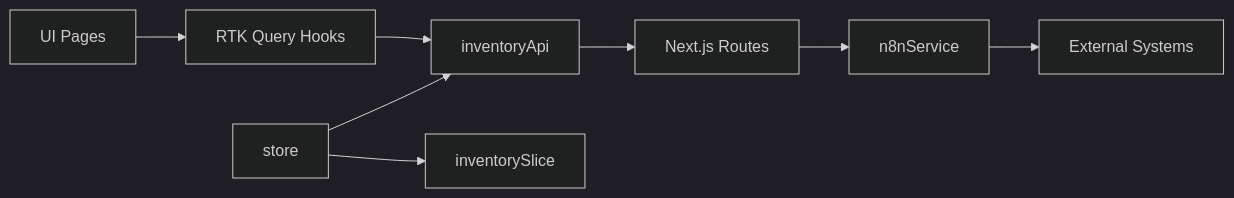
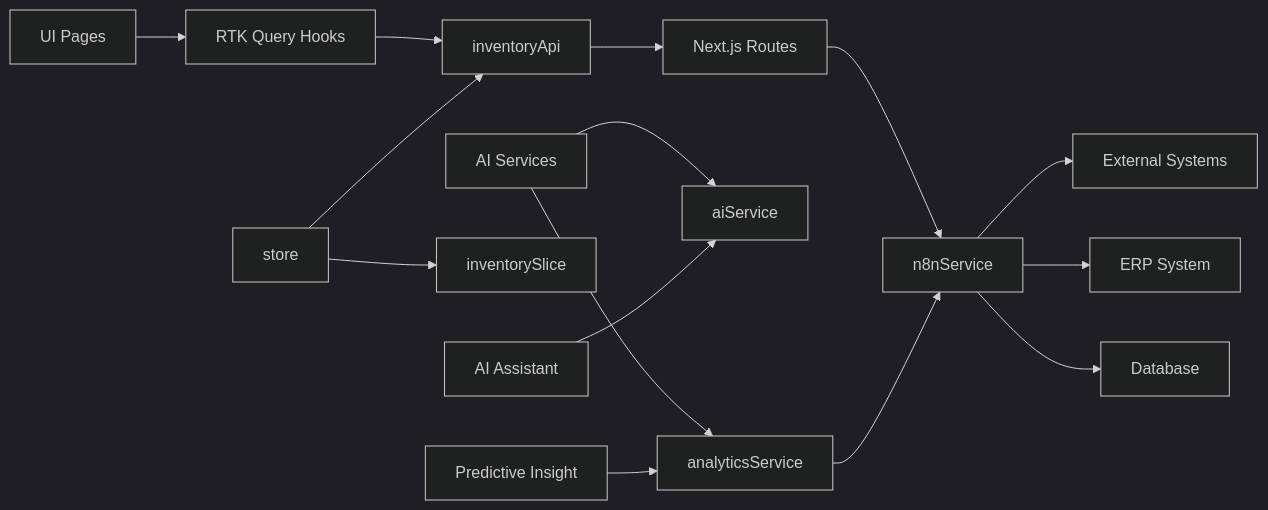
One commit to cacamarica/dashboard-ai changed the third of 4 diagrams in .qoder/repowiki/en/content/Core Features/Inventory Management.md. Above: the diagram before and after it, drawn with Mermaid (dark theme). The commit also changed other lines of this file and 14 other files, not shown here.

````diff
--- a/.qoder/repowiki/en/content/Core Features/Inventory Management.md
+++ b/.qoder/repowiki/en/content/Core Features/Inventory Management.md
@@ -356,10 +456,17 @@
 ```mermaid
 graph LR
 UI["UI Pages"] --> Hooks["RTK Query Hooks"]
 Hooks --> API["inventoryApi"]
 API --> Routes["Next.js Routes"]
 Routes --> N8N["n8nService"]
 N8N --> Ext["External Systems"]
+N8N --> ERP["ERP System"]
+N8N --> DB["Database"]
+AI["AI Services"] --> AIService["aiService"]
+AI --> Analytics["analyticsService"]
+Analytics --> N8N
 Store["store"] --> API
 Store --> Slice["inventorySlice"]
+AIAssistant["AI Assistant"] --> AIService
+PredictiveInsight["Predictive Insight"] --> Analytics
 ```
````
